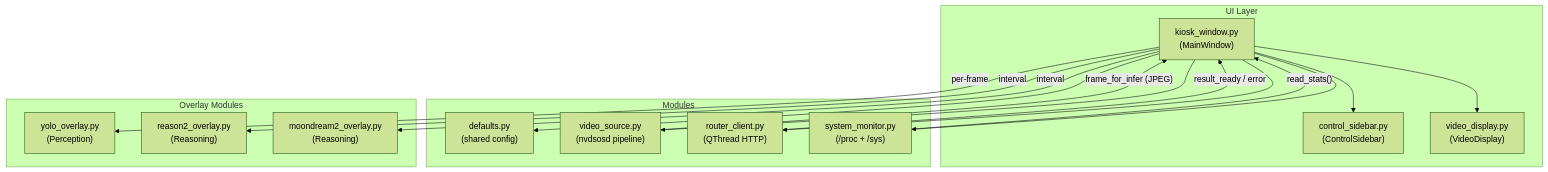
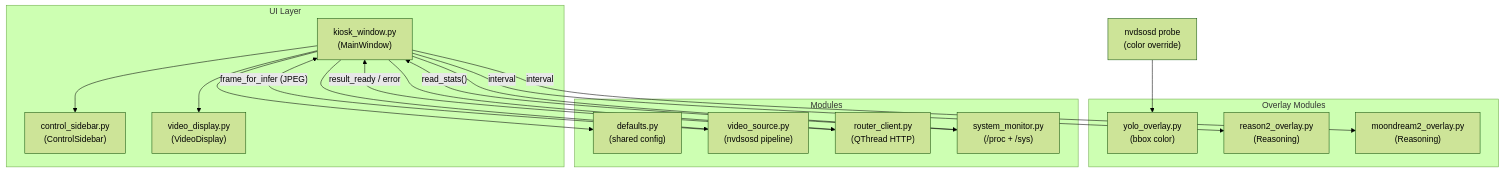
The second of 5 diagrams in pyside6-gui.md (ccbruce0812/nikko-vlm-webui), drawn with Mermaid (forest theme) before and after one commit. The commit also changed other lines of this file and 1 other file, not shown here.

````diff
--- a/pyside6-gui.md
+++ b/pyside6-gui.md
@@ -42,34 +49,36 @@
 ```mermaid
 flowchart TB
     subgraph UI["UI Layer"]
         Main["kiosk_window.py<br/>(MainWindow)"]
         Sidebar["control_sidebar.py<br/>(ControlSidebar)"]
         Display["video_display.py<br/>(VideoDisplay)"]
     end
 
     subgraph Modules["Modules"]
         DF["defaults.py<br/>(shared config)"]
         VS["video_source.py<br/>(nvdsosd pipeline)"]
         RC["router_client.py<br/>(QThread HTTP)"]
         SM["system_monitor.py<br/>(/proc + /sys)"]
     end
 
     subgraph Overlay["Overlay Modules"]
-        YO["yolo_overlay.py<br/>(Perception)"]
+        YO["yolo_overlay.py<br/>(bbox color)"]
         R2O["reason2_overlay.py<br/>(Reasoning)"]
         MD2O["moondream2_overlay.py<br/>(Reasoning)"]
     end
+
+    OSD["nvdsosd probe<br/>(color override)"]
 
     Main --> Sidebar
     Main --> Display
     Main --> DF
     Main --> VS
     Main --> RC
     Main --> SM
-    Main -- "per-frame" --> YO
     Main -- "interval" --> R2O
     Main -- "interval" --> MD2O
+    OSD --> YO
     VS -- "frame_for_infer (JPEG)" --> Main
     RC -- "result_ready / error" --> Main
     SM -- "read_stats()" --> Main
 ```
````
